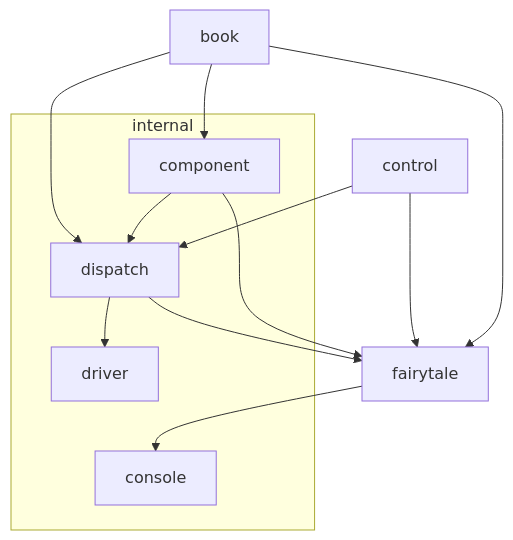
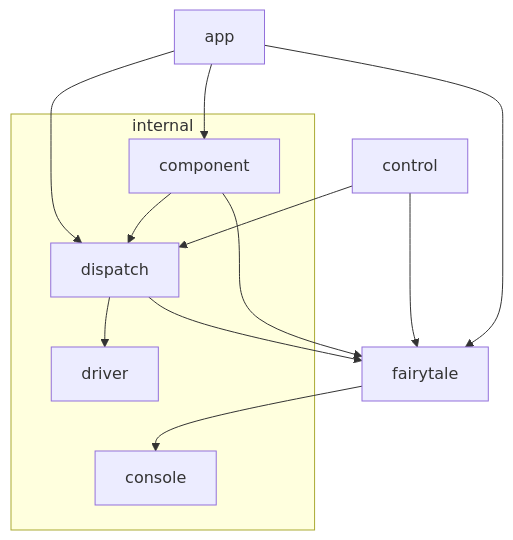
One commit to macabot/fairytale changed the diagram in README.md. Above: the diagram before and after it, drawn with Mermaid.

Commit message:
Update package dependency graph

````diff
--- a/README.md
+++ b/README.md
@@ -6,26 +6,26 @@
 ```mermaid
 flowchart TD
 
 subgraph internal
     dispatch
     component
     console
     driver
 end
 
 
-book --> dispatch
-book --> component
-book --> fairytale
+app --> dispatch
+app --> component
+app --> fairytale
 
 dispatch --> driver
 dispatch --> fairytale
 
 component --> dispatch
 component --> fairytale
 
 control --> fairytale
 control --> dispatch
 
 fairytale --> console
 ```
````
